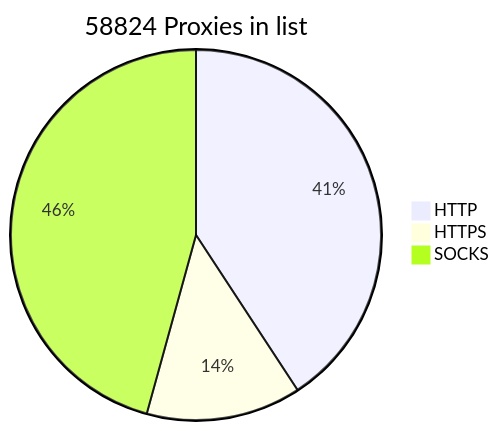
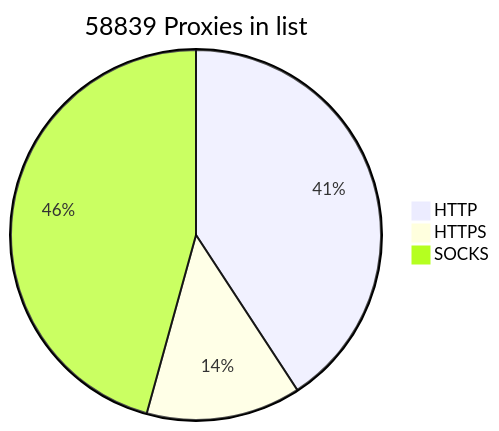
The diagram in README.md (BlackSnowDot/proxylist-update-every-minute), drawn with Mermaid before and after one commit. The commit also changed other lines of this file, not shown here.

````diff
--- a/README.md
+++ b/README.md
@@ -2,6 +2,6 @@
 ```mermaid
-pie title 58824 Proxies in list
-    "HTTP" : 27023
+pie title 58839 Proxies in list
+    "HTTP" : 27038
     "HTTPS": 8955
     "SOCKS" : 30303
 ```
````
